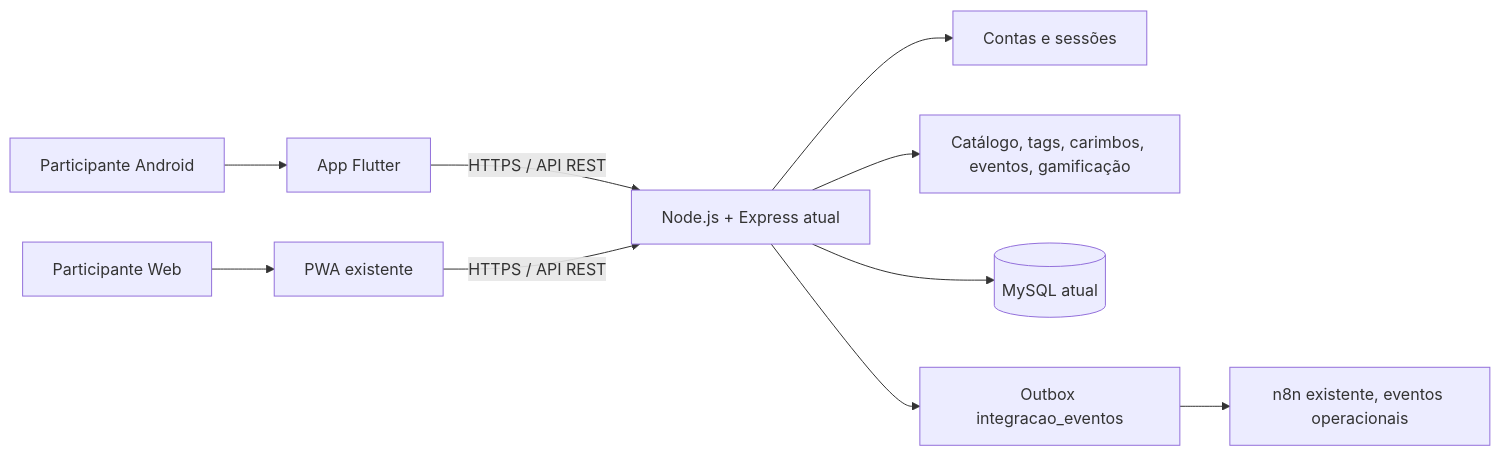
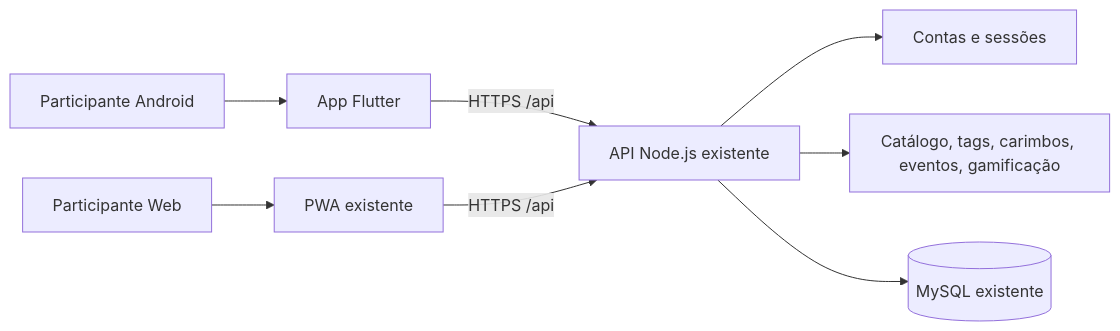
One commit to CostaGit33/KMkm changed the diagram in docs/mobile/03-arquitetura-mobile.md. Above: the diagram before and after it, drawn with Mermaid. The commit also changed other lines of this file and 12 other files, not shown here.

````diff
--- a/docs/mobile/03-arquitetura-mobile.md
+++ b/docs/mobile/03-arquitetura-mobile.md
@@ -8,12 +8,10 @@
 ```mermaid
 flowchart LR
   P[Participante Android] --> F[App Flutter]
   W[Participante Web] --> PWA[PWA existente]
-  F -->|HTTPS / API REST| API[Node.js + Express atual]
-  PWA -->|HTTPS / API REST| API
+  F -->|HTTPS /api| API[API Node.js existente]
+  PWA -->|HTTPS /api| API
   API --> AUTH[Contas e sessões]
   API --> DOM[Catálogo, tags, carimbos, eventos, gamificação]
-  API --> DB[(MySQL atual)]
-  API --> OUT[Outbox integracao_eventos]
-  OUT --> N8N[n8n existente, eventos operacionais]
+  API --> DB[(MySQL existente)]
 ```
````
